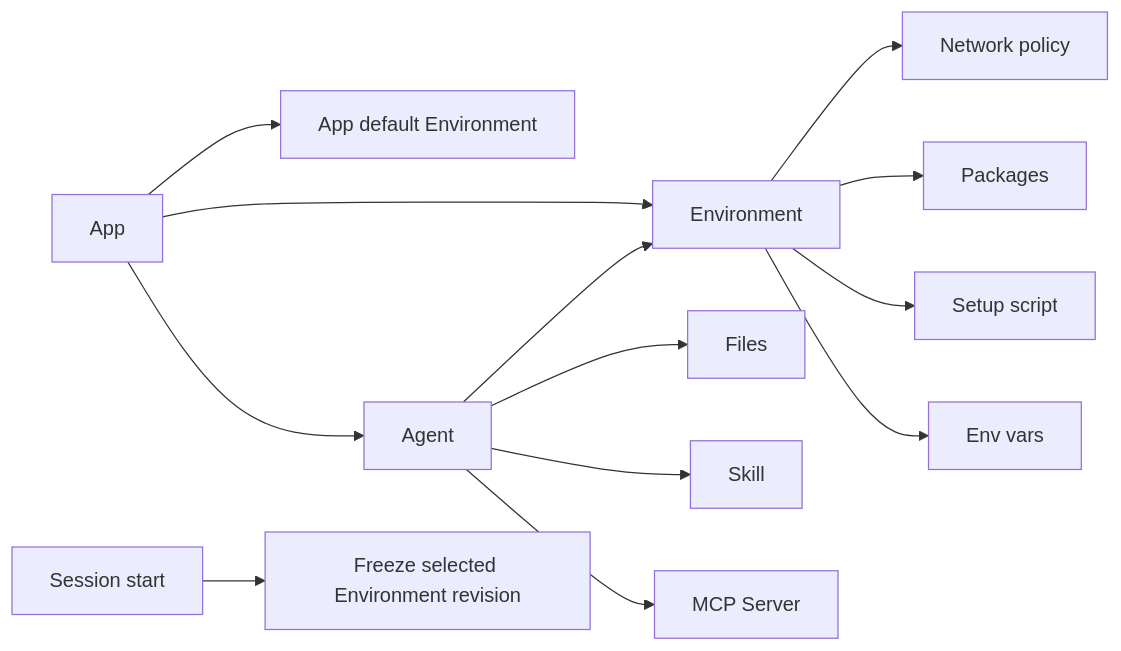
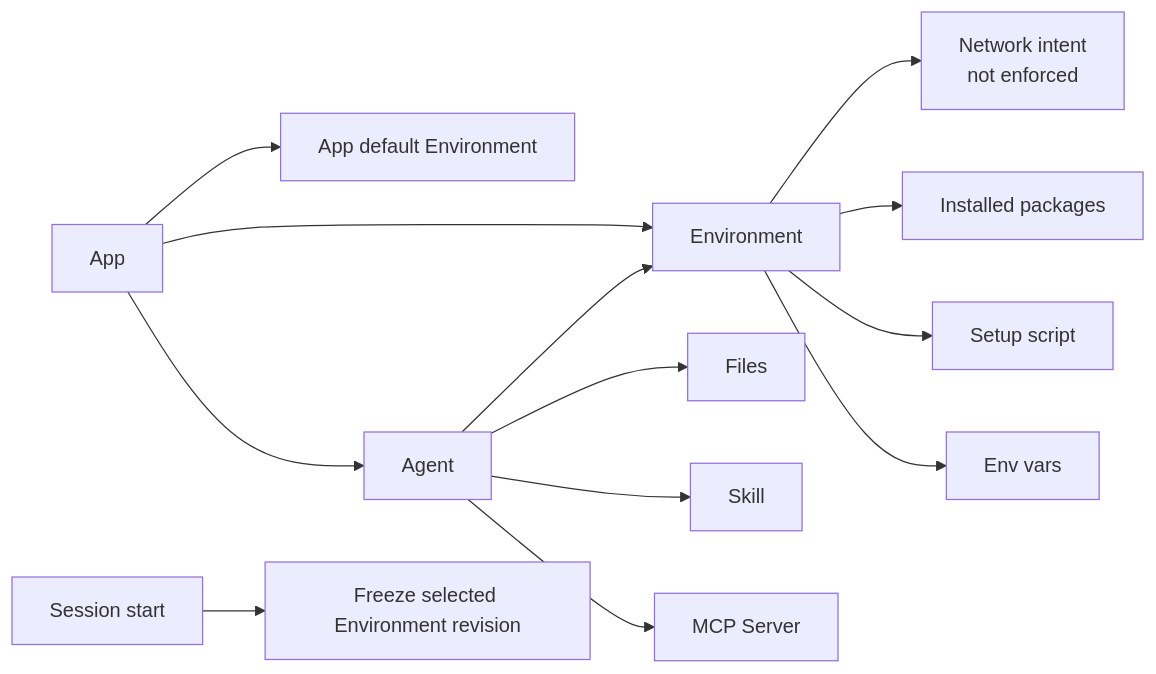
One commit to langgenius/mosoo changed the diagram in docs/prd/environment.md. Above: the diagram before and after it, drawn with Mermaid. The commit also changed other lines of this file and 66 other files, not shown here.

````diff
--- a/docs/prd/environment.md
+++ b/docs/prd/environment.md
@@ -84,15 +103,15 @@
 ```mermaid
 flowchart LR
   App[App] --> DefaultEnvironment[App default Environment]
   App --> Environment
   App --> Agent
   Agent --> Environment
   Agent --> Files[Files]
   Agent --> Skill
   Agent --> MCP[MCP Server]
-  Environment --> Network[Network policy]
-  Environment --> Packages
+  Environment --> Network[Network intent<br/>not enforced]
+  Environment --> Packages[Installed packages]
   Environment --> SetupScript[Setup script]
   Environment --> EnvVars[Env vars]
   Session[Session start] --> Snapshot[Freeze selected Environment revision]
 ```
````
